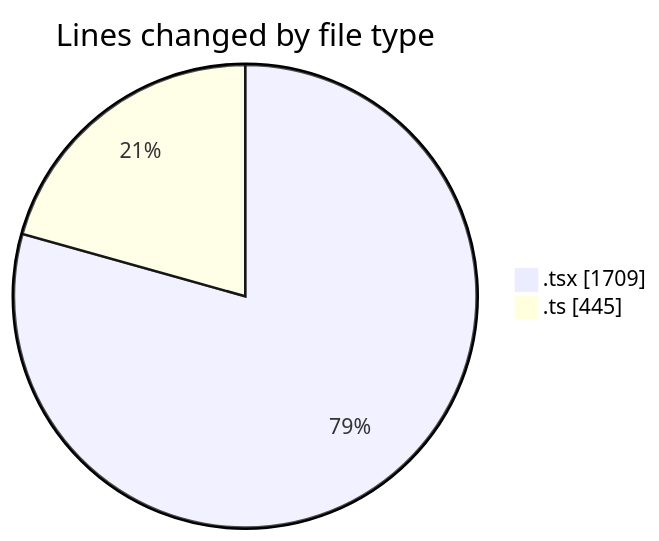
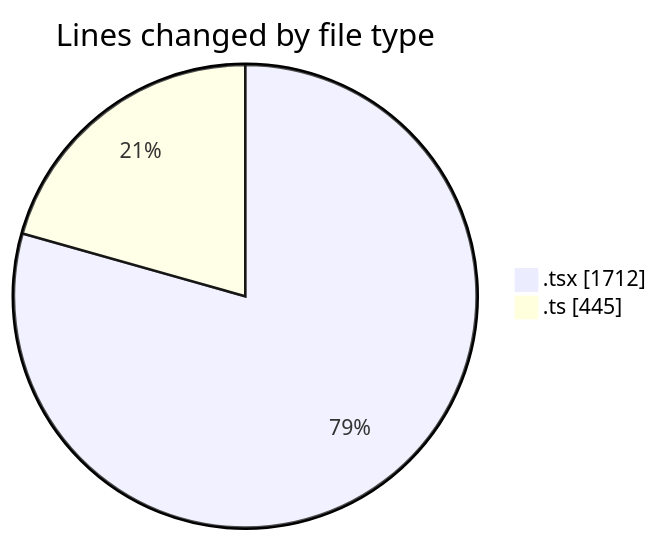
The first of 2 diagrams in 2025-01-30/mbc-web/README.md (robertbonfada/code-tracking), drawn with Mermaid before and after one commit. The commit also changed other lines of this file and 1 other file, not shown here.

````diff
--- a/2025-01-30/mbc-web/README.md
+++ b/2025-01-30/mbc-web/README.md
@@ -30,6 +30,6 @@
 ```mermaid
 pie showData
 title Lines changed by file type
-".tsx" : 1709
+".tsx" : 1712
 ".ts" : 445
 ```
````
